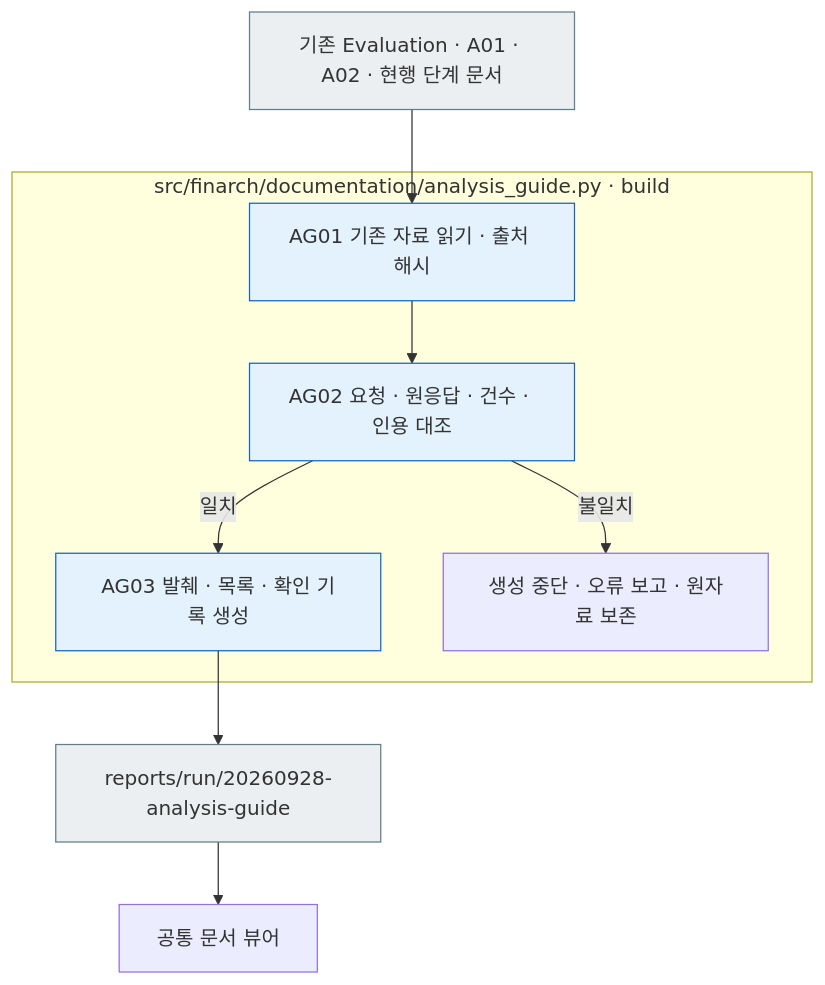
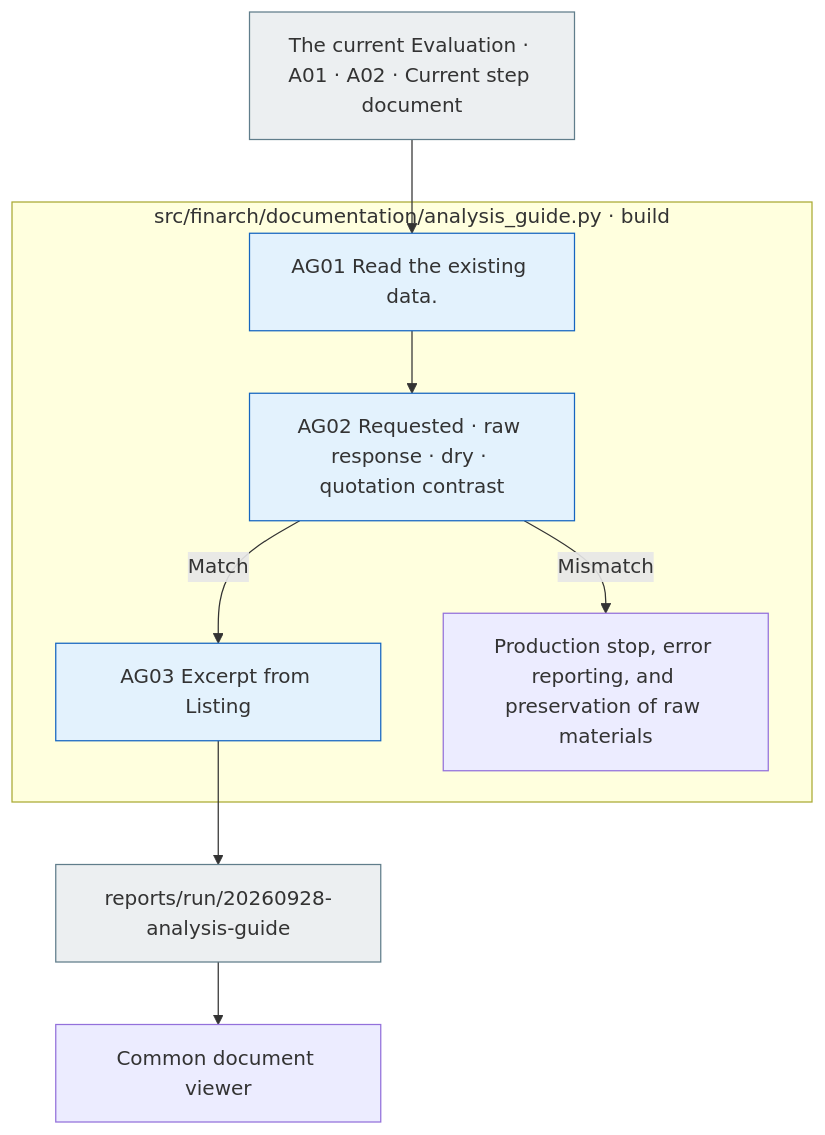
One commit to pnu-clink/finject changed the diagram in src/finarch/documentation/templates/analysis-guide-run.md. Above: the diagram before and after it, drawn with Mermaid. The commit also changed other lines of this file and 644 other files, not shown here.

````diff
--- a/src/finarch/documentation/templates/analysis-guide-run.md
+++ b/src/finarch/documentation/templates/analysis-guide-run.md
@@ -28,16 +28,16 @@
 ```mermaid
 flowchart TB
- I["기존 Evaluation · A01 · A02 · 현행 단계 문서"]
+ I["The current Evaluation · A01 · A02 · Current step document"]
  subgraph tool["src/finarch/documentation/analysis_guide.py · build"]
-  R["AG01 기존 자료 읽기 · 출처 해시"] --> V["AG02 요청 · 원응답 · 건수 · 인용 대조"]
-  V -->|일치| W["AG03 발췌 · 목록 · 확인 기록 생성"]
-  V -->|불일치| F["생성 중단 · 오류 보고 · 원자료 보존"]
+  R["AG01 Read the existing data."] --> V["AG02 Requested · raw response · dry · quotation contrast"]
+  V -->|Match| W["AG03 Excerpt from Listing"]
+  V -->|Mismatch| F["Production stop, error reporting, and preservation of raw materials"]
  end
  I --> R
  W --> O["reports/run/20260928-analysis-guide"]
- O --> U["공통 문서 뷰어"]
+ O --> U["Common document viewer"]
  classDef file fill:#eceff1,stroke:#607d8b;
  classDef local fill:#e3f2fd,stroke:#1565c0;
  class I,O file;
  class R,V,W local;
 ```
````
